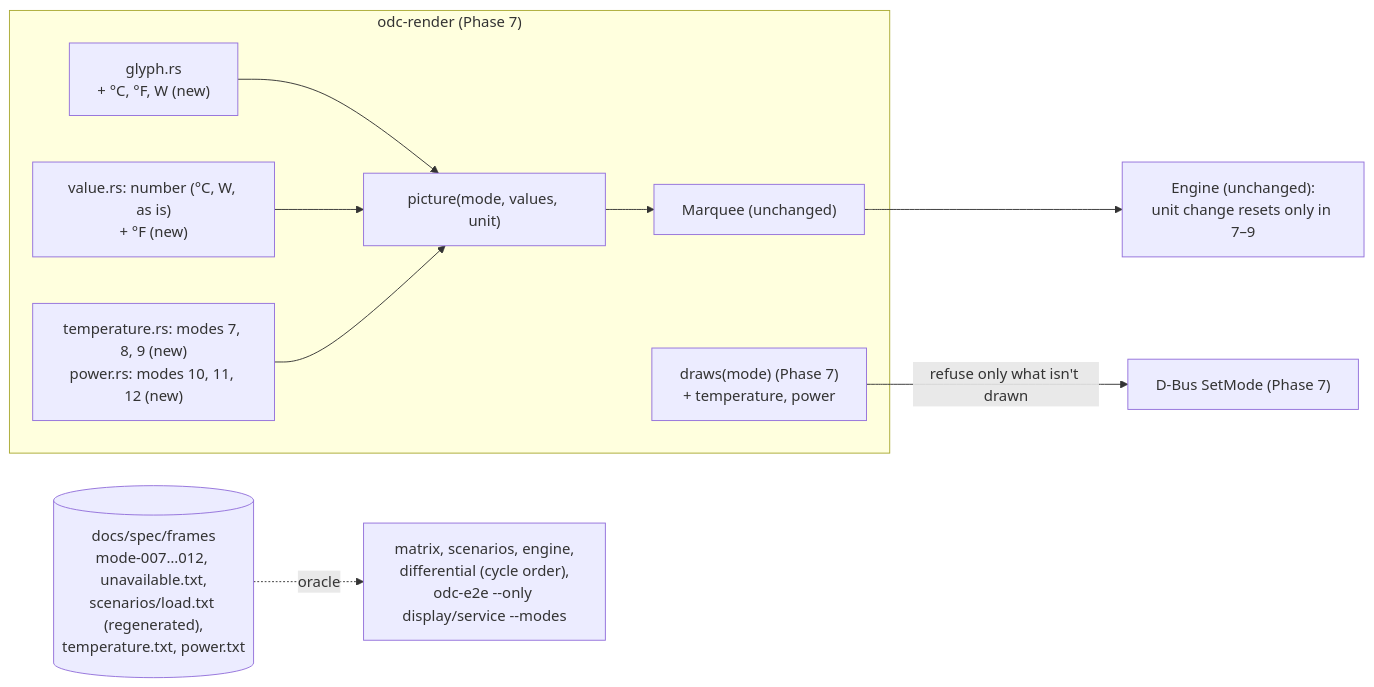
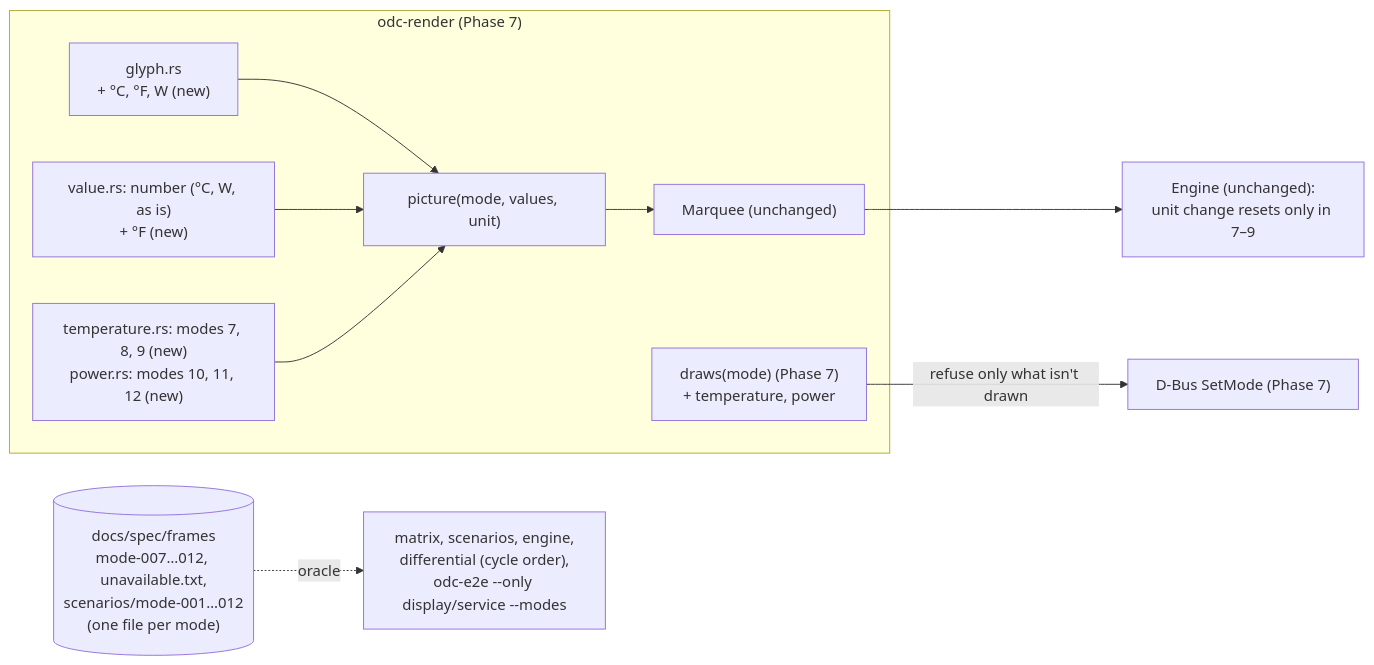
Before and after one commit to dtmarangoni/OpenDeepCool: the diagram in docs/prp/plans/phase-8-temperature-power.plan.md, drawn with Mermaid. The commit also changed other lines of this file and 4 other files, not shown here.

First line of the commit message:
docs: the expected scenarios get one file per mode, under the commit guard's 2 MiB limit

````diff
--- a/docs/prp/plans/phase-8-temperature-power.plan.md
+++ b/docs/prp/plans/phase-8-temperature-power.plan.md
@@ -140,13 +140,13 @@
 ```mermaid
 flowchart LR
   subgraph render["odc-render (Phase 7)"]
     G["glyph.rs<br/>+ °C, °F, W (new)"] --> P["picture(mode, values, unit)"]
     V["value.rs: number (°C, W, as is)<br/>+ °F (new)"] --> P
     T["temperature.rs: modes 7, 8, 9 (new)<br/>power.rs: modes 10, 11, 12 (new)"] --> P
     P --> M["Marquee (unchanged)"]
     D["draws(mode) (Phase 7)<br/>+ temperature, power"]
   end
   D -->|"refuse only what isn't drawn"| DB["D-Bus SetMode (Phase 7)"]
   M --> EN["Engine (unchanged):<br/>unit change resets only in 7–9"]
-  O[("docs/spec/frames<br/>mode-007…012, unavailable.txt,<br/>scenarios/load.txt (regenerated),<br/>temperature.txt, power.txt")] -.oracle.-> TESTS["matrix, scenarios, engine,<br/>differential (cycle order),<br/>odc-e2e --only display/service --modes"]
+  O[("docs/spec/frames<br/>mode-007…012, unavailable.txt,<br/>scenarios/mode-001…012<br/>(one file per mode)")] -.oracle.-> TESTS["matrix, scenarios, engine,<br/>differential (cycle order),<br/>odc-e2e --only display/service --modes"]
 ```
````
